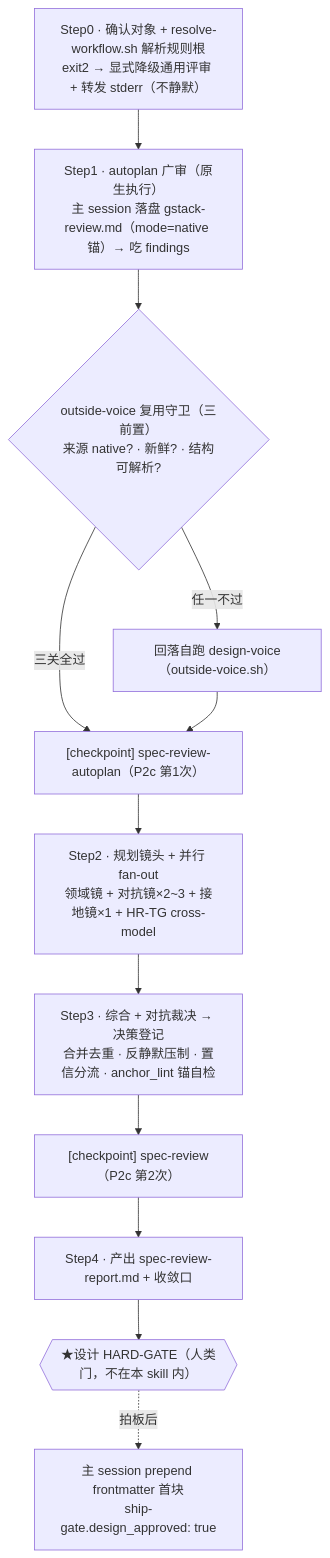
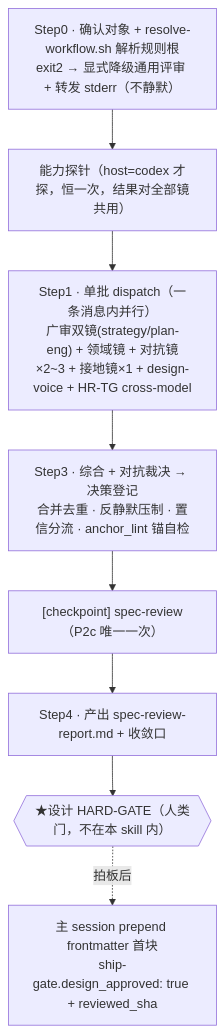
The diagram in docs/workflow-skills/sdflow-spec-review.md (laodao-ai/sdflow-skills), drawn with Mermaid before and after one commit. The commit also changed other lines of this file and 26 other files, not shown here.

````diff
--- a/docs/workflow-skills/sdflow-spec-review.md
+++ b/docs/workflow-skills/sdflow-spec-review.md
@@ -27,18 +32,12 @@
 ```mermaid
 flowchart TD
     S0["Step0 · 确认对象 + resolve-workflow.sh 解析规则根<br/>exit2 → 显式降级通用评审 + 转发 stderr（不静默）"]
-    S1["Step1 · autoplan 广审（原生执行）<br/>主 session 落盘 gstack-review.md（mode=native 锚）→ 吃 findings"]
-    OVG{"outside-voice 复用守卫（三前置）<br/>来源 native? · 新鲜? · 结构可解析?"}
-    OVS["回落自跑 design-voice（outside-voice.sh）"]
-    CP1["[checkpoint] spec-review-autoplan（P2c 第1次）"]
-    S2["Step2 · 规划镜头 + 并行 fan-out<br/>领域镜 + 对抗镜×2~3 + 接地镜×1 + HR-TG cross-model"]
+    PROBE["能力探针（host=codex 才探，恒一次，结果对全部镜共用）"]
+    S1["Step1 · 单批 dispatch（一条消息内并行）<br/>广审双镜(strategy/plan-eng) + 领域镜 + 对抗镜×2~3 + 接地镜×1 + design-voice + HR-TG cross-model"]
     S3["Step3 · 综合 + 对抗裁决 → 决策登记<br/>合并去重 · 反静默压制 · 置信分流 · anchor_lint 锚自检"]
-    CP2["[checkpoint] spec-review（P2c 第2次）"]
+    CP["[checkpoint] spec-review（P2c 唯一一次）"]
     S4["Step4 · 产出 spec-review-report.md + 收敛口"]
     GATE{{"★设计 HARD-GATE（人类门，不在本 skill 内）"}}
-    S0 --> S1 --> OVG
-    OVG -->|三关全过| CP1
-    OVG -->|任一不过| OVS --> CP1
-    CP1 --> S2 --> S3 --> CP2 --> S4 --> GATE
-    GATE -.拍板后.-> ANCH["主 session prepend frontmatter 首块<br/>ship-gate.design_approved: true"]
+    S0 --> PROBE --> S1 --> S3 --> CP --> S4 --> GATE
+    GATE -.拍板后.-> ANCH["主 session prepend frontmatter 首块<br/>ship-gate.design_approved: true + reviewed_sha"]
 ```
````
